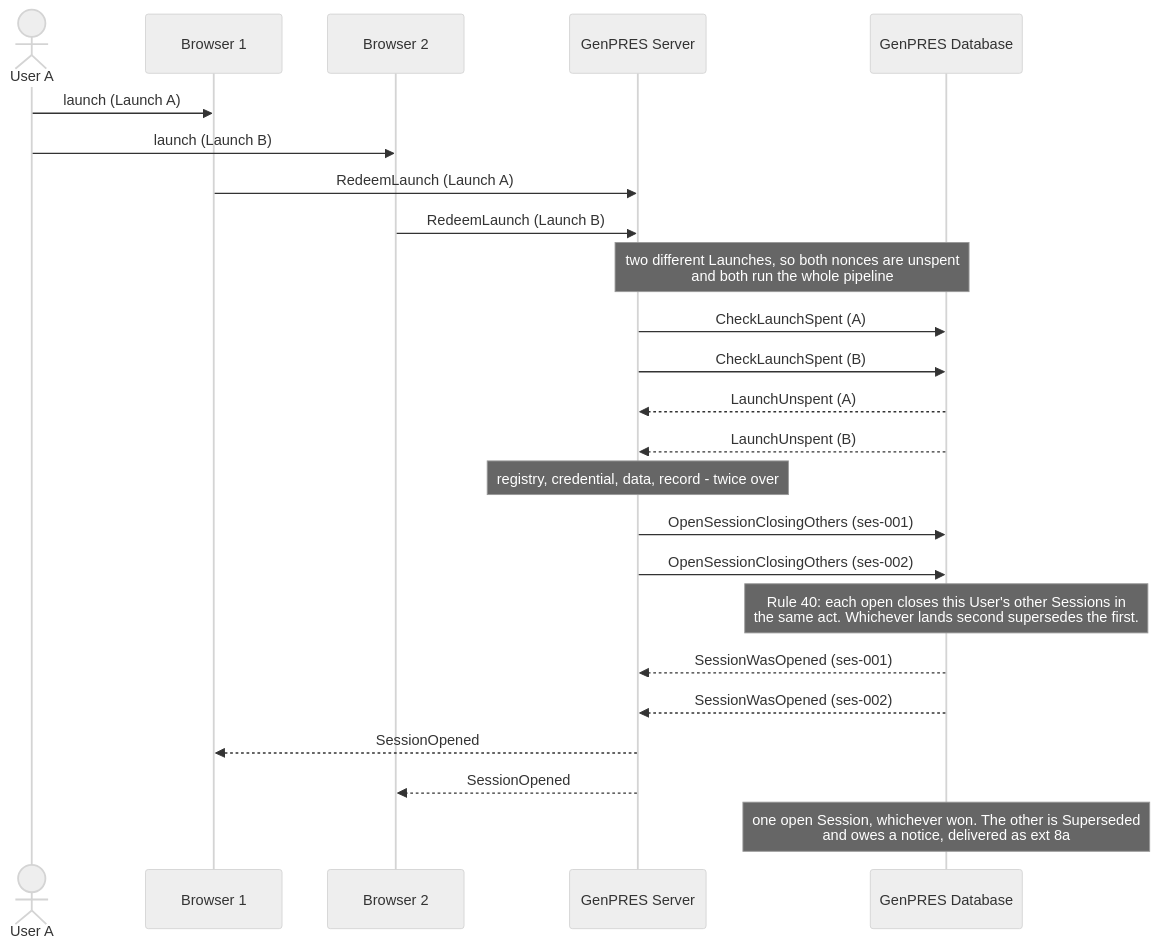
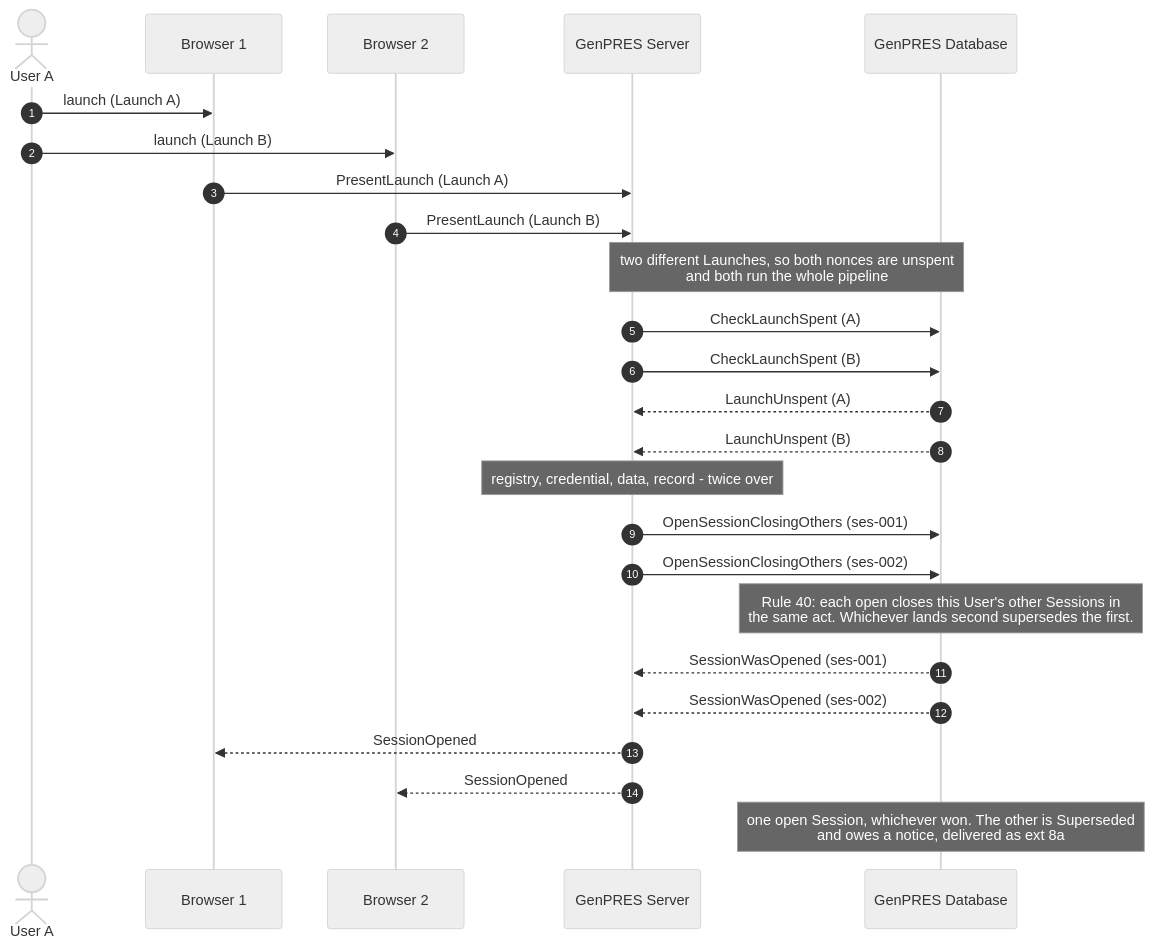
One commit to informedica/GenPRES changed the fourth of 4 diagrams in docs/scenarios/integration/uc-01-launch.md. Above: the diagram before and after it, drawn with Mermaid (neutral theme). The commit also changed other lines of this file and 1 other file, not shown here.

Commit message:
docs: improve launch sequence and add more implementation detail

````diff
--- a/docs/scenarios/integration/uc-01-launch.md
+++ b/docs/scenarios/integration/uc-01-launch.md
@@ -113,34 +189,35 @@
 ```mermaid
 sequenceDiagram
+    autonumber
     actor U as User A
     participant C1 as Browser 1
     participant C2 as Browser 2
     participant S as GenPRES Server
     participant D as GenPRES Database
 
     U->>C1: launch (Launch A)
     U->>C2: launch (Launch B)
-    C1->>S: RedeemLaunch (Launch A)
-    C2->>S: RedeemLaunch (Launch B)
+    C1->>S: PresentLaunch (Launch A)
+    C2->>S: PresentLaunch (Launch B)
 
     Note over S,D: two different Launches, so both nonces are unspent<br/>and both run the whole pipeline
 
     S->>D: CheckLaunchSpent (A)
     S->>D: CheckLaunchSpent (B)
     D-->>S: LaunchUnspent (A)
     D-->>S: LaunchUnspent (B)
 
     Note over S: registry, credential, data, record - twice over
 
     S->>D: OpenSessionClosingOthers (ses-001)
     S->>D: OpenSessionClosingOthers (ses-002)
 
     Note over D: Rule 40: each open closes this User's other Sessions in<br/>the same act. Whichever lands second supersedes the first.
 
     D-->>S: SessionWasOpened (ses-001)
     D-->>S: SessionWasOpened (ses-002)
     S-->>C1: SessionOpened
     S-->>C2: SessionOpened
 
     Note over D: one open Session, whichever won. The other is Superseded<br/>and owes a notice, delivered as ext 8a
 ```
````
